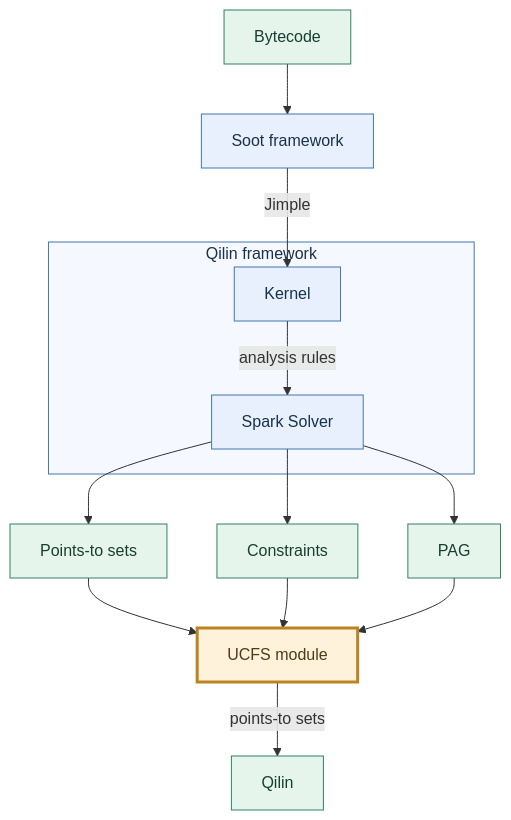
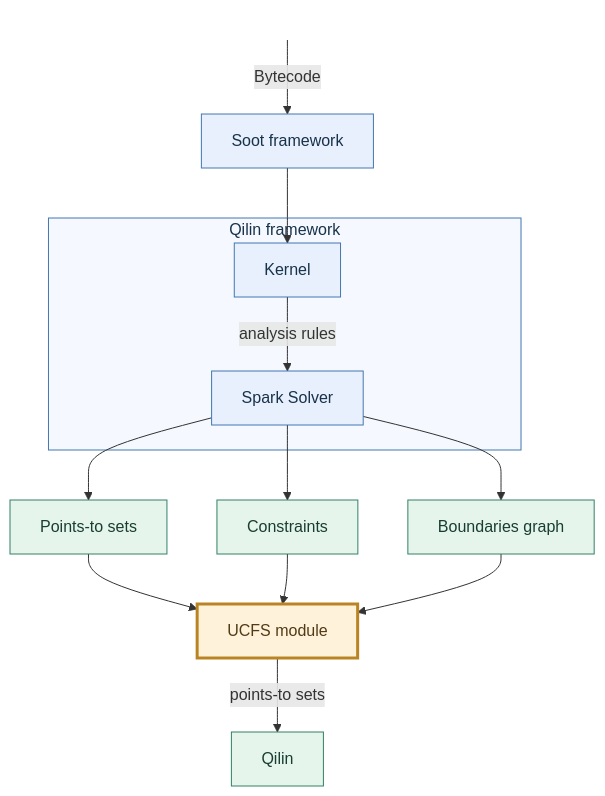
One commit to UsatovPavel/Qilin changed the first of 3 diagrams in qilin.ucfs/INTEGRATIONS.md. Above: the diagram before and after it, drawn with Mermaid. The commit also changed other lines of this file, not shown here.

Commit message:
docs: simplify pipeline labels and remove explanatory paragraph

````diff
--- a/qilin.ucfs/INTEGRATIONS.md
+++ b/qilin.ucfs/INTEGRATIONS.md
@@ -5,35 +5,36 @@
 ```mermaid
 flowchart TD
-    PBytecode["Bytecode"]
+    PEntry[" "]
     PSoot["Soot framework"]
 
     subgraph PQilin["Qilin framework"]
         PKernel["Kernel"]
         PSpark["Spark Solver"]
         PKernel -->|"analysis rules"| PSpark
     end
 
     PPoints["Points-to sets"]
     PConstraints["Constraints"]
-    PGraph["PAG"]
+    PGraph["Boundaries graph"]
     PModule["UCFS module"]
     PResult["Qilin"]
 
-    PBytecode --> PSoot
-    PSoot -->|"Jimple"| PKernel
+    PEntry -->|"Bytecode"| PSoot
+    PSoot --> PKernel
     PSpark --> PPoints
     PSpark --> PConstraints
     PSpark --> PGraph
     PPoints --> PModule
     PConstraints --> PModule
     PGraph --> PModule
     PModule -->|"points-to sets"| PResult
 
     classDef framework fill:#e8f0fe,stroke:#4277af,color:#183249;
     classDef data fill:#e5f5ec,stroke:#328066,color:#183e31;
     classDef integration fill:#fff2db,stroke:#ba8424,stroke-width:3px,color:#513b16;
     class PSoot,PKernel,PSpark framework;
-    class PBytecode,PPoints,PConstraints,PGraph,PResult data;
+    class PPoints,PConstraints,PGraph,PResult data;
+    style PEntry fill:transparent,stroke:transparent,color:transparent;
     class PModule integration;
     style PQilin fill:#f5f8ff,stroke:#4277af,color:#183249;
 ```
````
